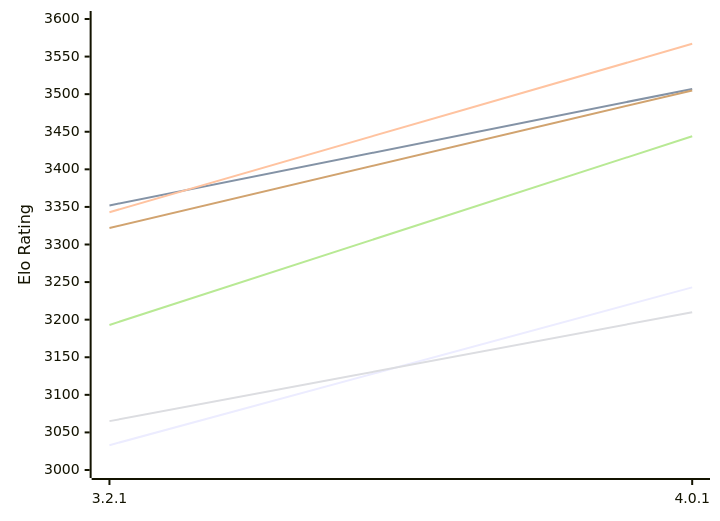
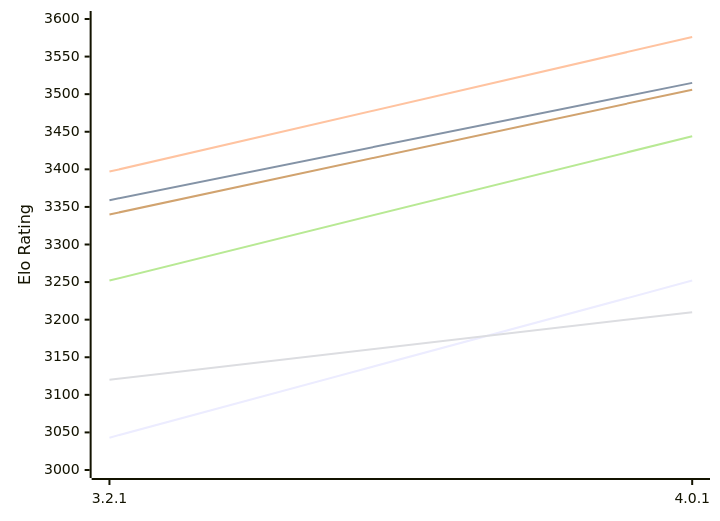
One commit to computer-chess-index/cci changed the first of 2 diagrams in engines/Prune.md. Above: the diagram before and after it, drawn with Mermaid. The commit also changed other lines of this file, not shown here.

Commit message:
Update CCI Ratings (ELO VLTC) - 2026-11-16

````diff
--- a/engines/Prune.md
+++ b/engines/Prune.md
@@ -56,12 +56,12 @@
 ```mermaid
 %%{init: {"theme":"base","themeVariables":{"seriesColors:['#a3a3a3','#222221','#faa371']}}}%%
 xychart-beta
   x-axis ["3.2.1", "4.0.1"]
   y-axis "Elo Rating" 3000 --> 3600
-  line "E1: STC (8.0+0.08s)" [3033, 3243]
-  line "E1: LTC (60.0+0.60s)" [3352, 3507]
-  line "E1: VLTC (2m24s+1.12s)" [3343, 3567]
-  line "P1: STC (8.0+0.08s)" [3065, 3210]
-  line "P1: LTC (60.0+0.60s)" [3193, 3444]
-  line "P1: VLTC (2m24s+1.12s)" [3322, 3505]
+  line "E1: STC (8.0+0.08s)" [3043, 3252]
+  line "E1: LTC (60.0+0.60s)" [3359, 3515]
+  line "E1: VLTC (2m24s+1.12s)" [3397, 3576]
+  line "P1: STC (8.0+0.08s)" [3120, 3210]
+  line "P1: LTC (60.0+0.60s)" [3252, 3444]
+  line "P1: VLTC (2m24s+1.12s)" [3340, 3506]
 ```
````
